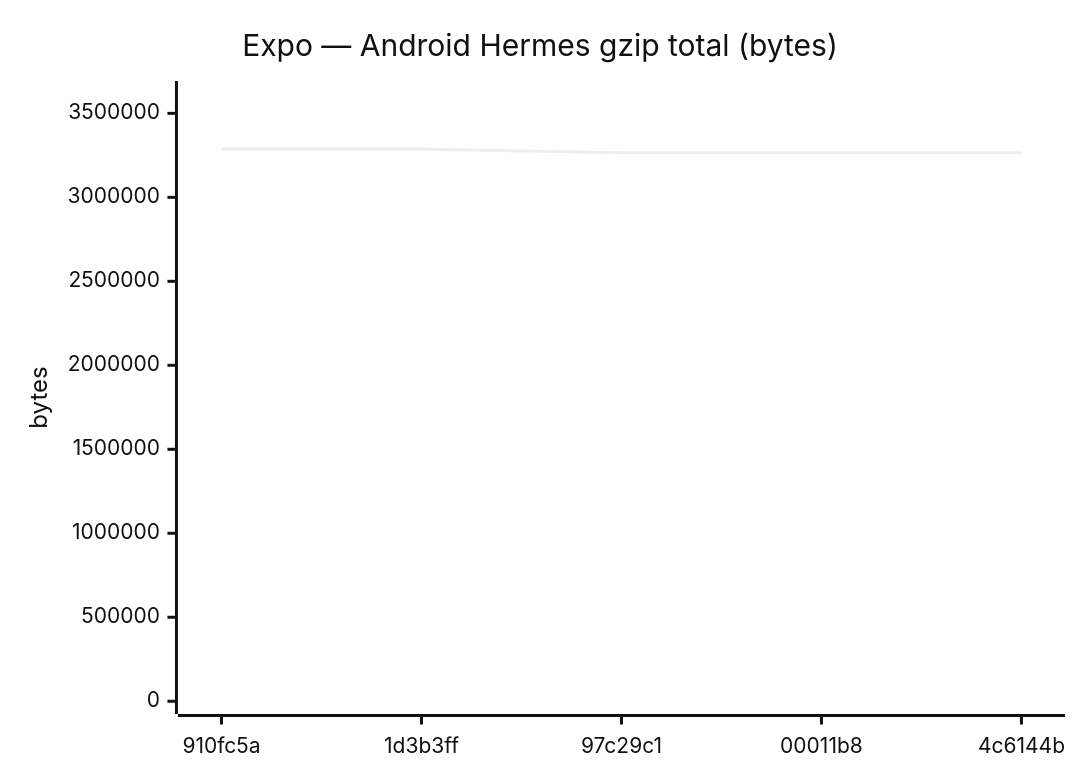
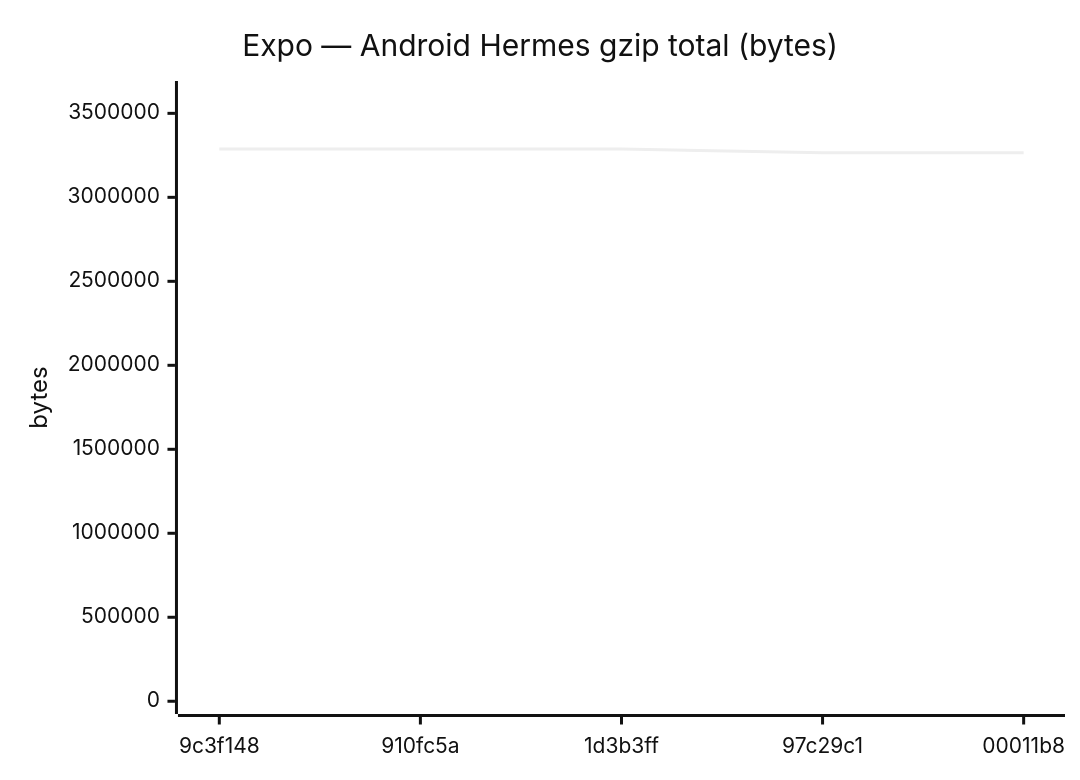
Diagram 11 of 18 in benchmarks/compare.md (Metaheurist/Rianell), drawn with Mermaid (neutral theme) before and after one commit. The commit also changed other lines of this file and 11 other files, not shown here.

````diff
--- a/benchmarks/compare.md
+++ b/benchmarks/compare.md
@@ -172,7 +172,7 @@
 ```mermaid
 xychart-beta
     title "Expo — Android Hermes gzip total (bytes)"
-    x-axis ["910fc5a", "1d3b3ff", "97c29c1", "00011b8", "4c6144b"]
+    x-axis ["9c3f148", "910fc5a", "1d3b3ff", "97c29c1", "00011b8"]
     y-axis "bytes" 0 --> 3616656
-    line [3287869, 3287424, 3266092, 3266094, 3266092]
+    line [3287424, 3287869, 3287424, 3266092, 3266094]
 ```
````
